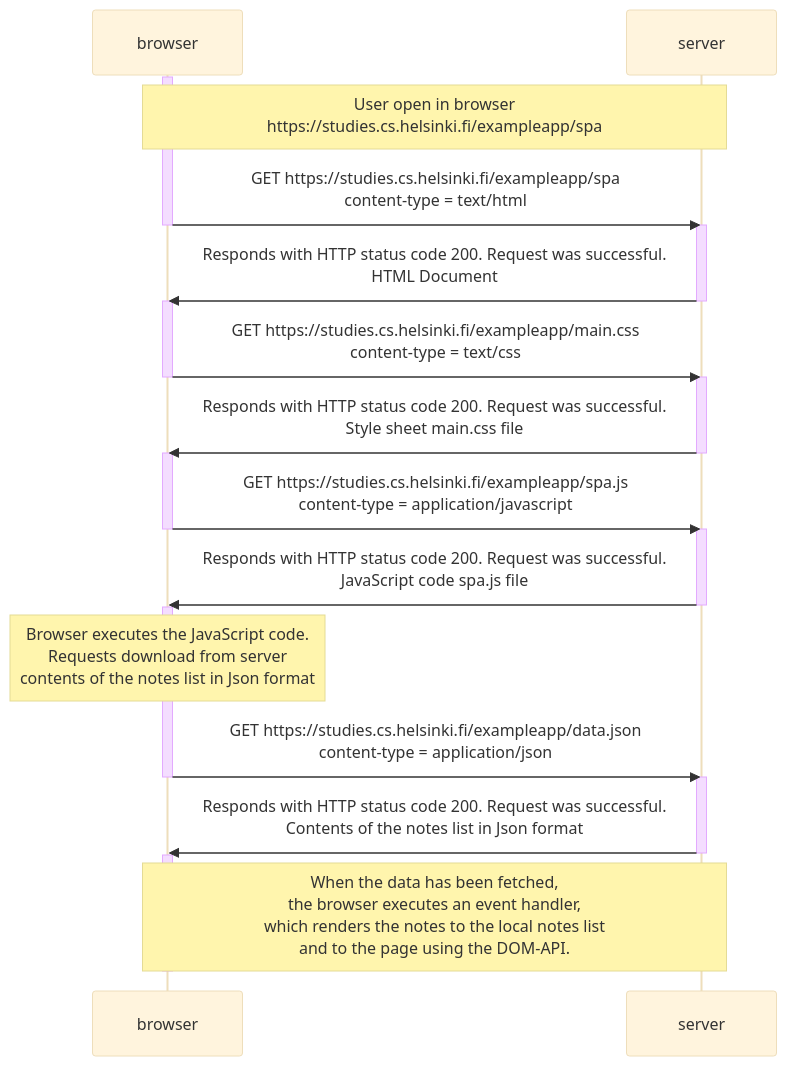
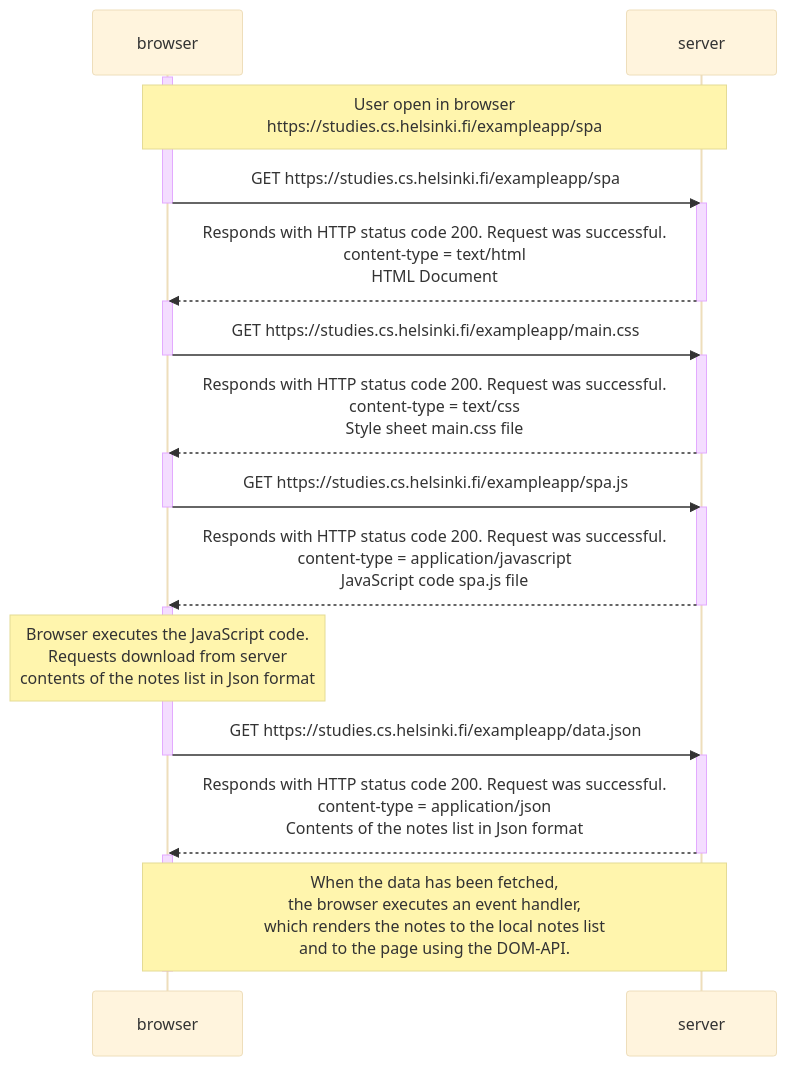
Before and after one commit to amoskovskij/fullstackopen: the diagram in part0/0.5 Single page app diagram/0.5 Single page app diagram.mmd, drawn with Mermaid (base theme).

Commit message:
Update 0.5 Single page app diagram.mmd
Bug fixes

```diff
--- a/part0/0.5 Single page app diagram/0.5 Single page app diagram.mmd
+++ b/part0/0.5 Single page app diagram/0.5 Single page app diagram.mmd
@@ -1,32 +1,32 @@
 sequenceDiagram
     participant browser
     participant server
     activate browser
     Note over browser, server: User open in browser<br>https://studies.cs.helsinki.fi/exampleapp/spa
-    browser->>server: GET https://studies.cs.helsinki.fi/exampleapp/spa<br>content-type = text/html
+    browser->>server: GET https://studies.cs.helsinki.fi/exampleapp/spa
     deactivate browser
     activate server
-    server->>browser: Responds with HTTP status code 200. Request was successful.<br>HTML Document
+    server-->>browser: Responds with HTTP status code 200. Request was successful.<br>content-type = text/html<br>HTML Document
     deactivate server
     activate browser
-    browser->>server: GET https://studies.cs.helsinki.fi/exampleapp/main.css<br>content-type = text/css
+    browser->>server: GET https://studies.cs.helsinki.fi/exampleapp/main.css
     deactivate browser
     activate server
-    server->>browser: Responds with HTTP status code 200. Request was successful.<br>Style sheet main.css file
+    server-->>browser: Responds with HTTP status code 200. Request was successful.<br>content-type = text/css<br>Style sheet main.css file
     deactivate server
     activate browser
-    browser->>server: GET https://studies.cs.helsinki.fi/exampleapp/spa.js<br>content-type = application/javascript
+    browser->>server: GET https://studies.cs.helsinki.fi/exampleapp/spa.js
     deactivate browser
     activate server
-    server->>browser: Responds with HTTP status code 200. Request was successful.<br>JavaScript code spa.js file
+    server-->>browser: Responds with HTTP status code 200. Request was successful.<br>content-type = application/javascript<br>JavaScript code spa.js file
     deactivate server
     activate browser
     Note over browser: Browser executes the JavaScript code.<br>Requests download from server<br>contents of the notes list in Json format
-    browser->>server: GET https://studies.cs.helsinki.fi/exampleapp/data.json<br>content-type = application/json
+    browser->>server: GET https://studies.cs.helsinki.fi/exampleapp/data.json
     deactivate browser
     activate server
-    server->>browser: Responds with HTTP status code 200. Request was successful.<br>Contents of the notes list in Json format
+    server-->>browser: Responds with HTTP status code 200. Request was successful.<br>content-type = application/json<br>Contents of the notes list in Json format
     deactivate server
     activate browser
     Note over browser, server: When the data has been fetched,<br>the browser executes an event handler,<br>which renders the notes to the local notes list<br>and to the page using the DOM-API.
     deactivate browser
```
